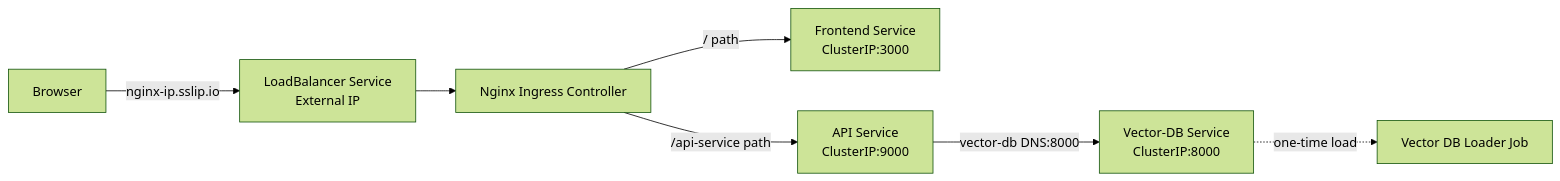
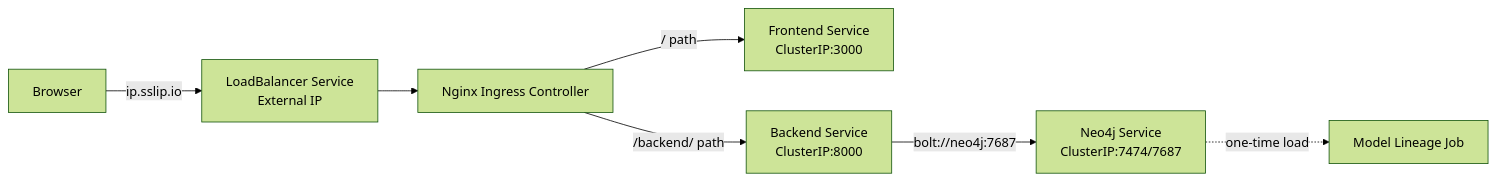
The diagram in deployment/README.md (kushal-chat/AC215_datadetox), drawn with Mermaid (forest theme) before and after one commit. The commit also changed other lines of this file, not shown here.

````diff
--- a/deployment/README.md
+++ b/deployment/README.md
@@ -137,16 +137,16 @@
 ```mermaid
 graph LR
-    B[Browser] -->|nginx-ip.sslip.io| LB[LoadBalancer Service<br/>External IP]
+    B[Browser] -->|ip.sslip.io| LB[LoadBalancer Service<br/>External IP]
     LB --> I[Nginx Ingress Controller]
     I -->|/ path| F[Frontend Service<br/>ClusterIP:3000]
-    I -->|/api-service path| A[API Service<br/>ClusterIP:9000]
-    A -->|vector-db DNS:8000| V[Vector-DB Service<br/>ClusterIP:8000]
-    V -.->|one-time load| J[Vector DB Loader Job]
+    I -->|/backend/ path| A[Backend Service<br/>ClusterIP:8000]
+    A -->|bolt://neo4j:7687| N[Neo4j Service<br/>ClusterIP:7474/7687]
+    N -.->|one-time load| J[Model Lineage Job]
 
     style LB fill:#yellow
     style I fill:#lightblue
     style F fill:#lightgreen
     style A fill:#lightgreen
-    style V fill:#lightgreen
+    style N fill:#lightgreen
     style J fill:#orange
 ```
````
